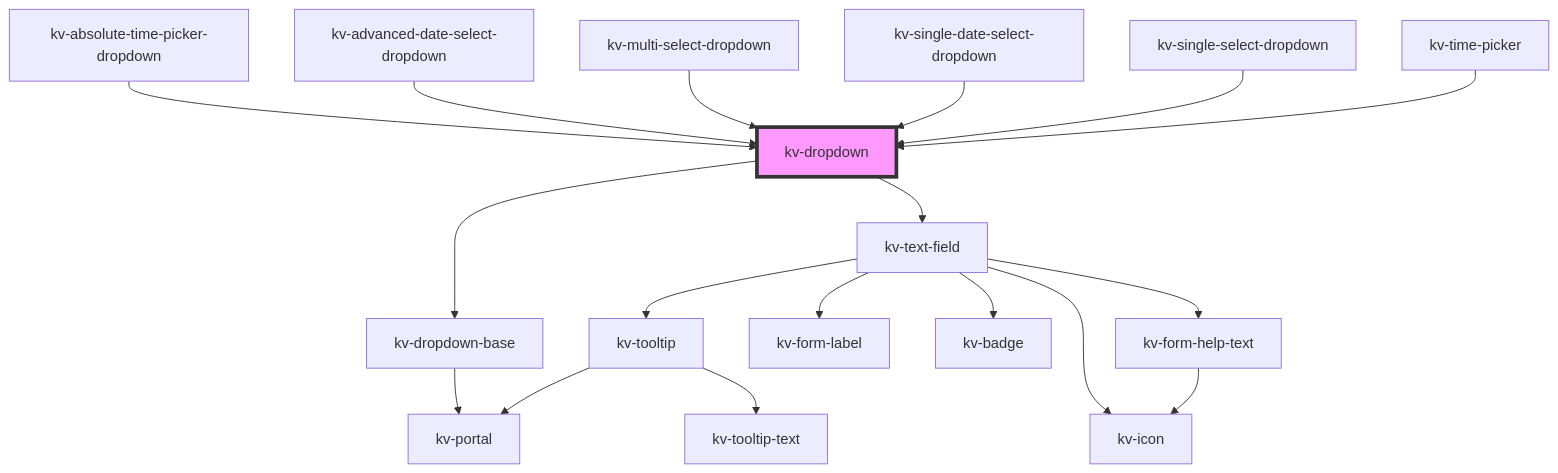
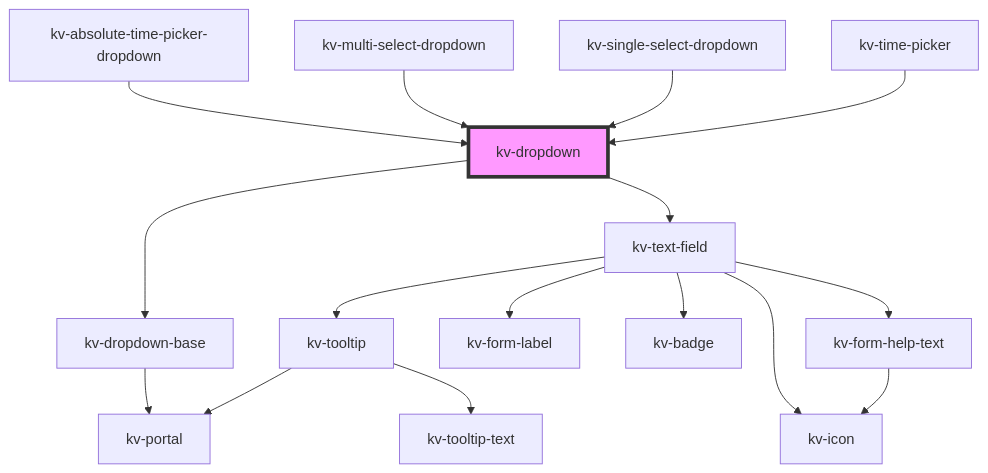
Before and after one commit to kelvininc/ui-components: the diagram in packages/ui-components/src/components/dropdown/readme.md, drawn with Mermaid. The commit also changed other lines of this file and 137 other files, not shown here.

````diff
--- a/packages/ui-components/src/components/dropdown/readme.md
+++ b/packages/ui-components/src/components/dropdown/readme.md
@@ -143,21 +141,19 @@
 ```mermaid
 graph TD;
   kv-dropdown --> kv-dropdown-base
   kv-dropdown --> kv-text-field
   kv-dropdown-base --> kv-portal
   kv-text-field --> kv-tooltip
   kv-text-field --> kv-form-label
   kv-text-field --> kv-icon
   kv-text-field --> kv-badge
   kv-text-field --> kv-form-help-text
   kv-tooltip --> kv-portal
   kv-tooltip --> kv-tooltip-text
   kv-form-help-text --> kv-icon
   kv-absolute-time-picker-dropdown --> kv-dropdown
-  kv-advanced-date-select-dropdown --> kv-dropdown
   kv-multi-select-dropdown --> kv-dropdown
-  kv-single-date-select-dropdown --> kv-dropdown
   kv-single-select-dropdown --> kv-dropdown
   kv-time-picker --> kv-dropdown
   style kv-dropdown fill:#f9f,stroke:#333,stroke-width:4px
 ```
````
